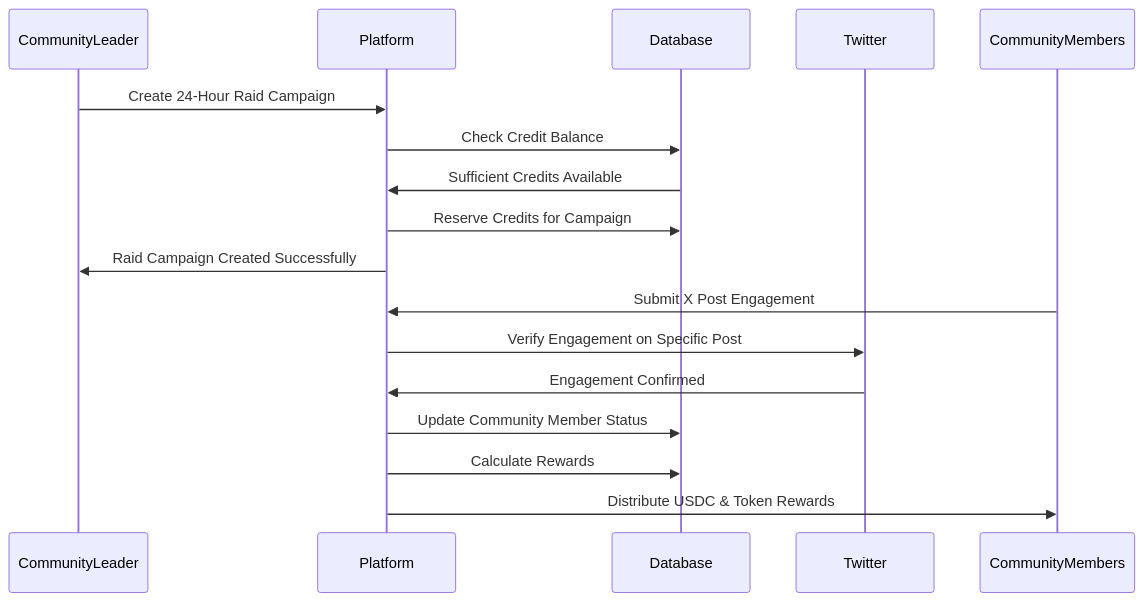
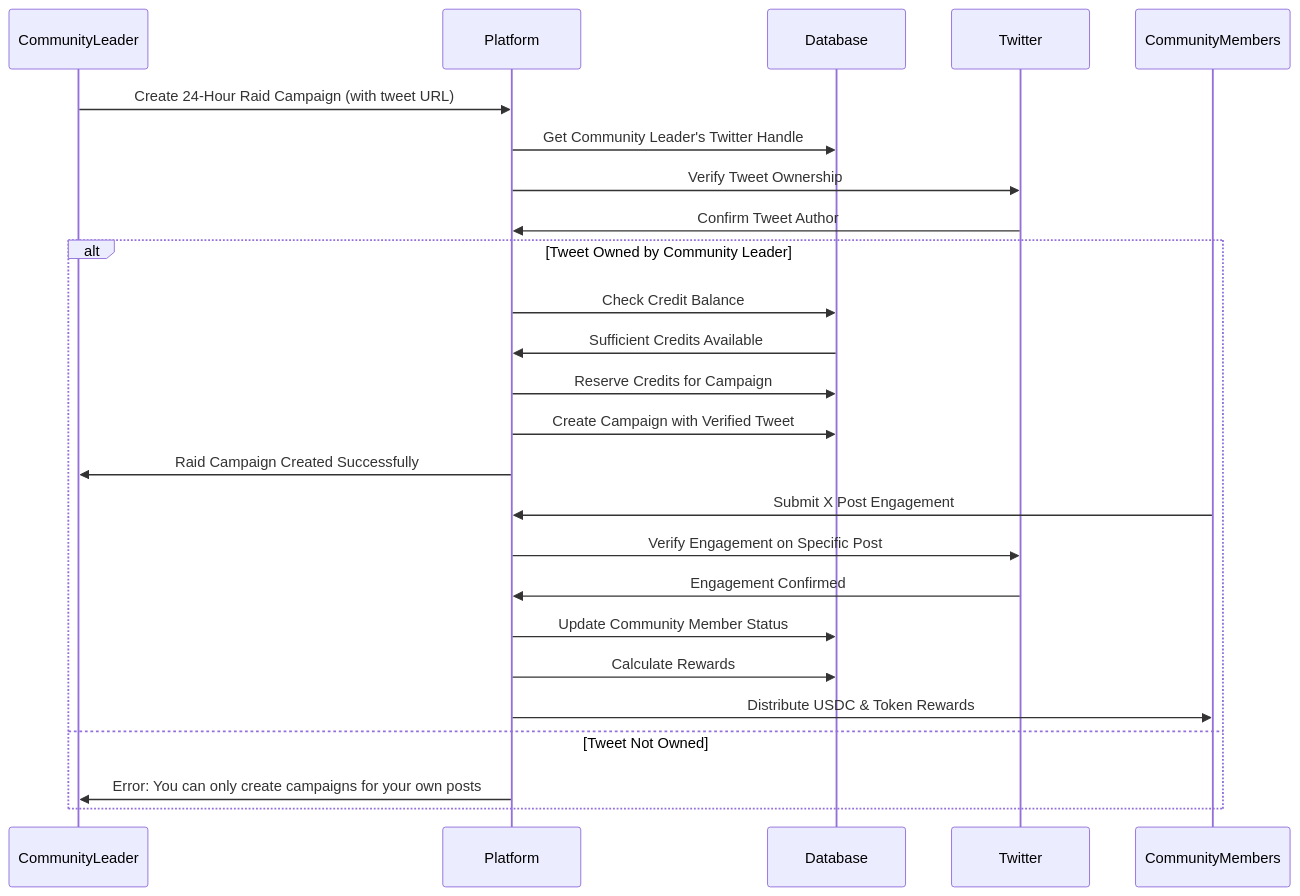
The third of 5 diagrams in technical/architecture-overview.md (ryanlhy/social-media-incentive-app), drawn with Mermaid before and after one commit. The commit also changed other lines of this file and 3 other files, not shown here.

````diff
--- a/technical/architecture-overview.md
+++ b/technical/architecture-overview.md
@@ -122,21 +122,29 @@
 ```mermaid
 sequenceDiagram
     participant CommunityLeader
     participant Platform
     participant Database
     participant Twitter
     participant CommunityMembers
     
-    CommunityLeader->>Platform: Create 24-Hour Raid Campaign
-    Platform->>Database: Check Credit Balance
-    Database->>Platform: Sufficient Credits Available
-    Platform->>Database: Reserve Credits for Campaign
-    Platform->>CommunityLeader: Raid Campaign Created Successfully
-    
-    CommunityMembers->>Platform: Submit X Post Engagement
-    Platform->>Twitter: Verify Engagement on Specific Post
-    Twitter->>Platform: Engagement Confirmed
-    Platform->>Database: Update Community Member Status
-    Platform->>Database: Calculate Rewards
-    Platform->>CommunityMembers: Distribute USDC & Token Rewards
+    CommunityLeader->>Platform: Create 24-Hour Raid Campaign (with tweet URL)
+    Platform->>Database: Get Community Leader's Twitter Handle
+    Platform->>Twitter: Verify Tweet Ownership
+    Twitter->>Platform: Confirm Tweet Author
+    alt Tweet Owned by Community Leader
+        Platform->>Database: Check Credit Balance
+        Database->>Platform: Sufficient Credits Available
+        Platform->>Database: Reserve Credits for Campaign
+        Platform->>Database: Create Campaign with Verified Tweet
+        Platform->>CommunityLeader: Raid Campaign Created Successfully
+        
+        CommunityMembers->>Platform: Submit X Post Engagement
+        Platform->>Twitter: Verify Engagement on Specific Post
+        Twitter->>Platform: Engagement Confirmed
+        Platform->>Database: Update Community Member Status
+        Platform->>Database: Calculate Rewards
+        Platform->>CommunityMembers: Distribute USDC & Token Rewards
+    else Tweet Not Owned
+        Platform->>CommunityLeader: Error: You can only create campaigns for your own posts
+    end
 ```
````
